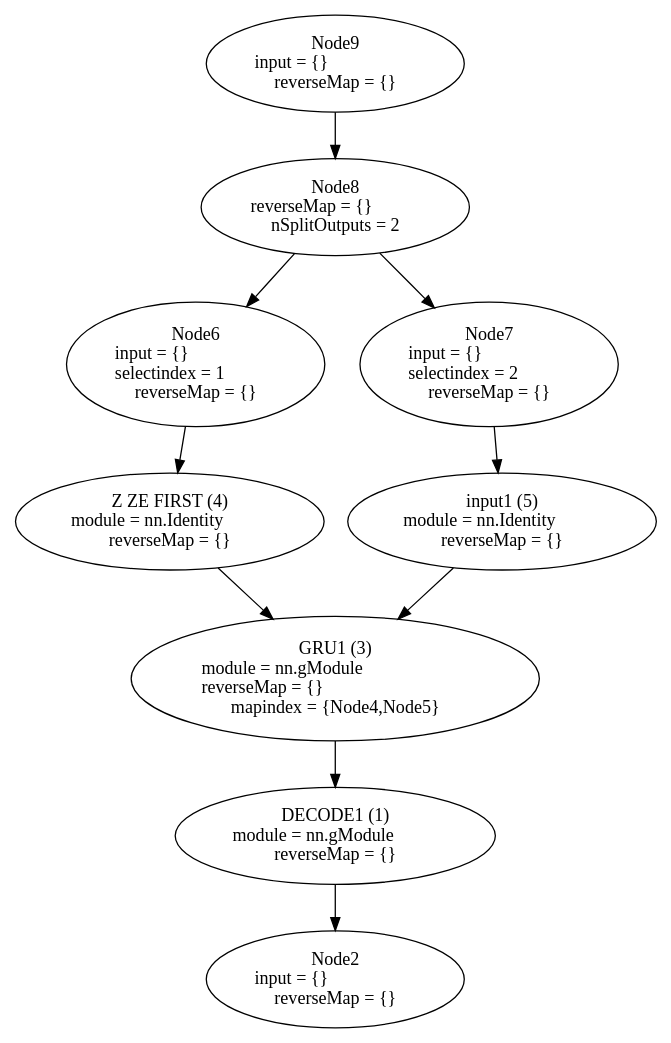
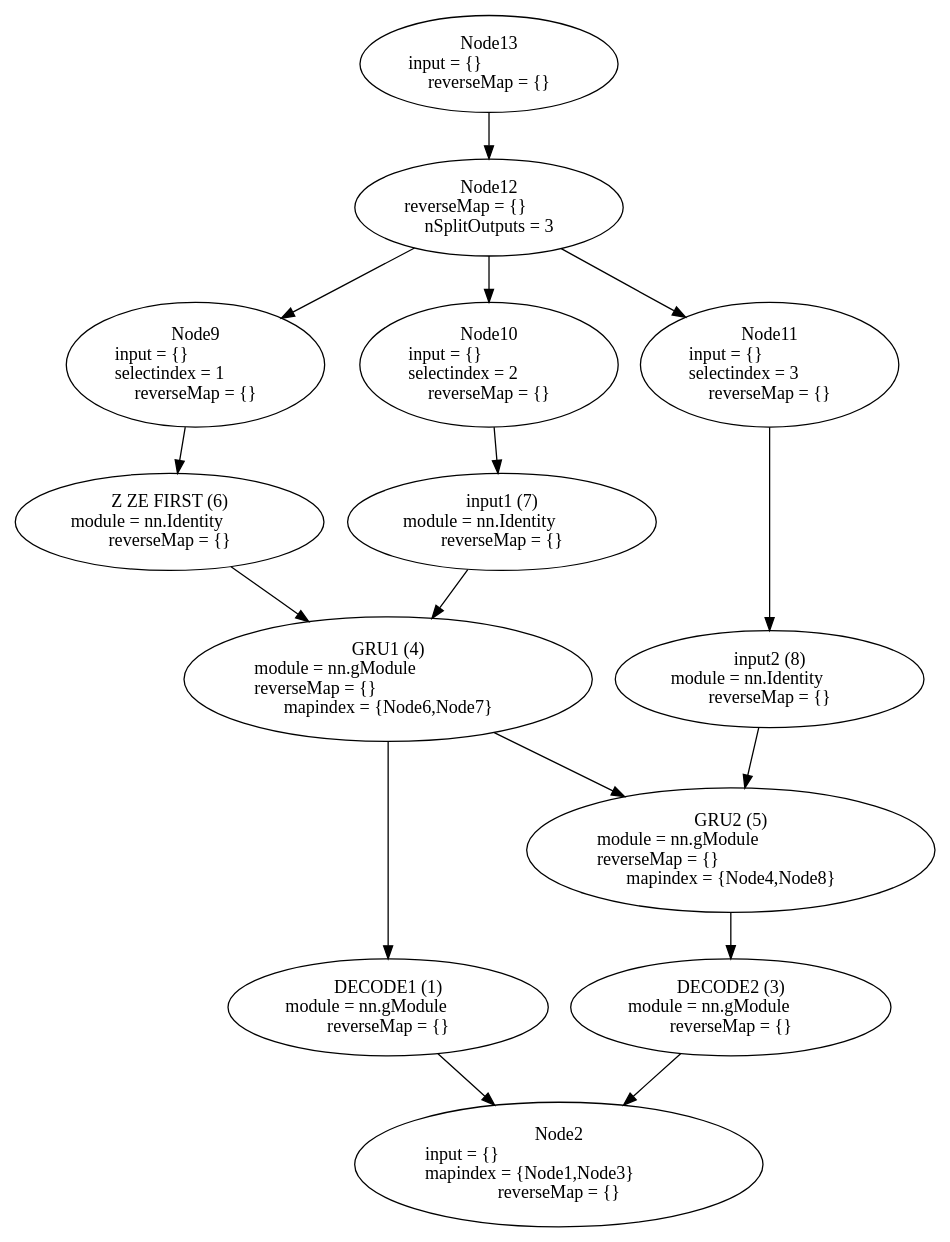
The diagram in TD6/miniRNN.dot (Mathieu-Seurin/as-td), drawn with Graphviz before and after one commit. The commit also changed 11 other files, not shown here.

Commit message:
rnn with 2 GRU seems to work

```diff
--- a/TD6/miniRNN.dot
+++ b/TD6/miniRNN.dot
@@ -1,60 +1,86 @@
 digraph G {
-	graph [bb="0,0,394.09,783.1"];
+	graph [bb="0,0,570.5,936.48"];
 	node [label="\N",
 		shape=oval
 	];
 	n1	 [height=1.041,
 		label="DECODE1 (1)\nmodule = nn.gModule\lreverseMap = {}",
-		pos="197.05,148.43",
-		tooltip="[./creationRNN.lua]:60_",
+		pos="230.05,169.64",
+		tooltip="[./creationRNN.lua]:59_",
 		width=2.7499];
-	n2	 [height=1.041,
-		label="Node2\ninput = {}\lreverseMap = {}",
-		pos="197.05,37.477",
+	n2	 [height=1.3356,
+		label="Node2\ninput = {}\lmapindex = {Node1,Node3}\lreverseMap = {}",
+		pos="338.05,48.083",
+		tooltip="[[C]]:-1_",
+		width=3.457];
+	n1 -> n2	 [pos="e,297.62,93.839 261.28,134.06 270.5,123.86 280.79,112.47 290.77,101.42"];
+	n3	 [height=1.041,
+		label="DECODE2 (3)\nmodule = nn.gModule\lreverseMap = {}",
+		pos="446.05,169.64",
+		tooltip="[./creationRNN.lua]:59_",
+		width=2.7499];
+	n3 -> n2	 [pos="e,378.47,93.839 414.81,134.06 405.59,123.86 395.3,112.47 385.32,101.42"];
+	n4	 [height=1.3356,
+		label="GRU1 (4)\nmodule = nn.gModule\lreverseMap = {}\lmapindex = {Node6,Node7}",
+		pos="230.05,423.37",
+		tooltip="[./creationRNN.lua]:58_",
+		width=3.457];
+	n4 -> n1	 [pos="e,230.05,207.17 230.05,375.02 230.05,329.83 230.05,262.17 230.05,217.23"];
+	n5	 [height=1.3356,
+		label="GRU2 (5)\nmodule = nn.gModule\lreverseMap = {}\lmapindex = {Node4,Node8}",
+		pos="446.05,291.2",
+		tooltip="[./creationRNN.lua]:58_",
+		width=3.457];
+	n4 -> n5	 [pos="e,379.9,332.07 296.32,382.43 319.96,368.19 346.74,352.05 371.06,337.39"];
+	n5 -> n3	 [pos="e,446.05,207.23 446.05,242.95 446.05,234.5 446.05,225.71 446.05,217.28"];
+	n6	 [height=1.041,
+		label="Z ZE FIRST (6)\nmodule = nn.Identity\lreverseMap = {}",
+		pos="94.045,544.93",
+		tooltip="[./creationRNN.lua]:53_",
+		width=2.6124];
+	n6 -> n4	 [pos="e,180.91,467.57 131.93,510.63 144.73,499.37 159.31,486.55 173.25,474.3"];
+	n7	 [height=1.041,
+		label="input1 (7)\nmodule = nn.Identity\lreverseMap = {}",
+		pos="300.05,544.93",
+		tooltip="[./creationRNN.lua]:57_",
+		width=2.6124];
+	n7 -> n4	 [pos="e,257.14,470.65 279.23,508.38 273.93,499.32 268.09,489.36 262.36,479.56"];
+	n8	 [height=1.041,
+		label="input2 (8)\nmodule = nn.Identity\lreverseMap = {}",
+		pos="466.05,423.37",
+		tooltip="[./creationRNN.lua]:57_",
+		width=2.6124];
+	n8 -> n5	 [pos="e,453.27,339.24 460.42,385.76 458.69,374.49 456.74,361.78 454.84,349.46"];
+	n9	 [height=1.3356,
+		label="Node9\ninput = {}\lselectindex = 1\lreverseMap = {}",
+		pos="102.05,666.49",
+		tooltip="[[C]]:-1_-1",
+		width=2.1606];
+	n9 -> n6	 [pos="e,96.493,582.52 98.883,618.24 98.318,609.79 97.73,601 97.166,592.57"];
+	n10	 [height=1.3356,
+		label="Node10\ninput = {}\lselectindex = 2\lreverseMap = {}",
+		pos="292.05,666.49",
+		tooltip="[[C]]:-1_-2",
+		width=2.1606];
+	n10 -> n7	 [pos="e,297.6,582.52 295.21,618.24 295.77,609.79 296.36,601 296.92,592.57"];
+	n11	 [height=1.3356,
+		label="Node11\ninput = {}\lselectindex = 3\lreverseMap = {}",
+		pos="466.05,666.49",
+		tooltip="[[C]]:-1_-3",
+		width=2.1606];
+	n11 -> n8	 [pos="e,466.05,460.98 466.05,618.14 466.05,575.57 466.05,513.39 466.05,471.03"];
+	n12	 [height=1.041,
+		label="Node12\nreverseMap = {}\lnSplitOutputs = 3",
+		pos="292.05,788.05",
+		tooltip="[[C]]:-1_ split at [.../mathieu/torch/install/share/lua/5.1/nngraph/gmodule.lua]:96-mnode",
+		width=2.2392];
+	n12 -> n9	 [pos="e,155.86,701.35 245.08,757.5 220.79,742.21 190.82,723.35 164.6,706.85"];
+	n12 -> n10	 [pos="e,292.05,714.82 292.05,750.53 292.05,742.43 292.05,733.66 292.05,724.96"];
+	n12 -> n11	 [pos="e,414.67,702.79 336.4,756.57 357.66,741.97 383.42,724.26 406.36,708.5"];
+	n13	 [height=1.041,
+		label="Node13\ninput = {}\lreverseMap = {}",
+		pos="292.05,899",
 		tooltip="[[C]]:-1_",
 		width=2.1606];
-	n1 -> n2	 [pos="e,197.05,75.149 197.05,110.85 197.05,102.67 197.05,93.893 197.05,85.366"];
-	n3	 [height=1.3356,
-		label="GRU1 (3)\nmodule = nn.gModule\lreverseMap = {}\lmapindex = {Node4,Node5}",
-		pos="197.05,269.99",
-		tooltip="[./creationRNN.lua]:59_",
-		width=3.457];
-	n3 -> n1	 [pos="e,197.05,186.02 197.05,221.74 197.05,213.29 197.05,204.5 197.05,196.07"];
-	n4	 [height=1.041,
-		label="Z ZE FIRST (4)\nmodule = nn.Identity\lreverseMap = {}",
-		pos="94.045,391.55",
-		tooltip="[./creationRNN.lua]:53_",
-		width=2.6124];
-	n4 -> n3	 [pos="e,158.49,315.75 123.84,355.97 132.62,345.77 142.44,334.37 151.96,323.32"];
-	n5	 [height=1.041,
-		label="input1 (5)\nmodule = nn.Identity\lreverseMap = {}",
-		pos="300.05,391.55",
-		tooltip="[./creationRNN.lua]:58_",
-		width=2.6124];
-	n5 -> n3	 [pos="e,235.6,315.75 270.25,355.97 261.47,345.77 251.65,334.37 242.13,323.32"];
-	n6	 [height=1.3356,
-		label="Node6\ninput = {}\lselectindex = 1\lreverseMap = {}",
-		pos="102.05,513.11",
-		tooltip="[[C]]:-1_-1",
-		width=2.1606];
-	n6 -> n4	 [pos="e,96.493,429.14 98.883,464.86 98.318,456.41 97.73,447.62 97.166,439.19"];
-	n7	 [height=1.3356,
-		label="Node7\ninput = {}\lselectindex = 2\lreverseMap = {}",
-		pos="292.05,513.11",
-		tooltip="[[C]]:-1_-2",
-		width=2.1606];
-	n7 -> n5	 [pos="e,297.6,429.14 295.21,464.86 295.77,456.41 296.36,447.62 296.92,439.19"];
-	n8	 [height=1.041,
-		label="Node8\nreverseMap = {}\lnSplitOutputs = 2",
-		pos="189.05,634.67",
-		tooltip="[[C]]:-1_ split at [.../mathieu/torch/install/share/lua/5.1/nngraph/gmodule.lua]:96-mnode",
-		width=2.2392];
-	n8 -> n6	 [pos="e,133.5,557.34 163.65,598.77 156.06,588.34 147.58,576.68 139.39,565.43"];
-	n8 -> n7	 [pos="e,256.13,555.79 218.29,599.73 227.95,588.52 238.9,575.8 249.35,563.66"];
-	n9	 [height=1.041,
-		label="Node9\ninput = {}\lreverseMap = {}",
-		pos="189.05,745.62",
-		tooltip="[[C]]:-1_",
-		width=2.1606];
-	n9 -> n8	 [pos="e,189.05,672.34 189.05,708.04 189.05,699.87 189.05,691.09 189.05,682.56"];
+	n13 -> n12	 [pos="e,292.05,825.72 292.05,861.42 292.05,853.24 292.05,844.47 292.05,835.94"];
 }
```
